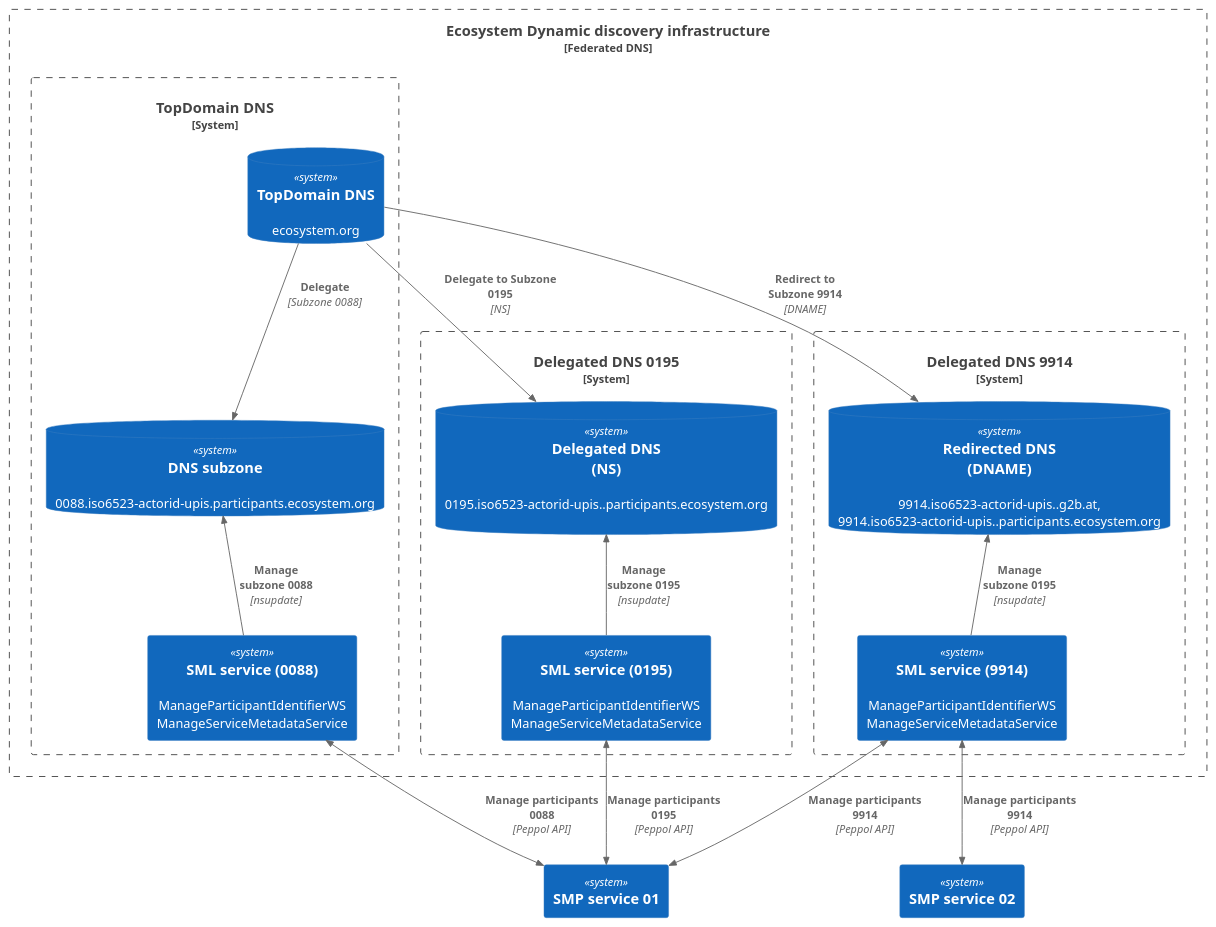
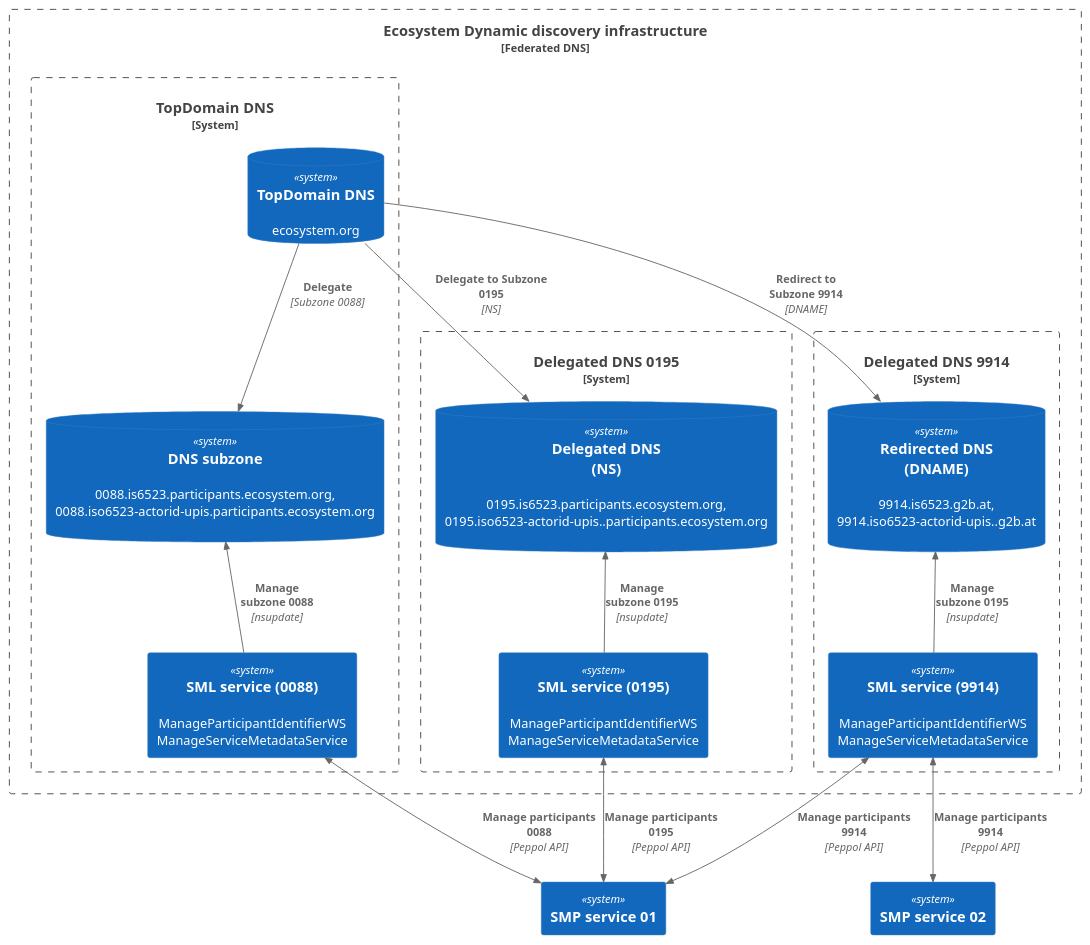
One commit to ec-edelivery/dynamic-discovery-federated-infrastructure changed the diagram in images/dynamic-discovery-infrastructure-SML-02.puml. Above: the diagram before and after it, drawn with PlantUML. The commit also changed 40 other files, not shown here.

```diff
--- a/images/dynamic-discovery-infrastructure-SML-02.puml
+++ b/images/dynamic-discovery-infrastructure-SML-02.puml
@@ -1,46 +1,46 @@
 @startuml Basic Sample
 !include https://raw.githubusercontent.com/plantuml-stdlib/C4-PlantUML/master/C4_Container.puml
 
 Boundary(ecosystemSMLService, "Ecosystem Dynamic discovery infrastructure", "Federated DNS") {
 
     System_Boundary(c1, "TopDomain DNS") {
         SystemDb(ecosystemDNS, "TopDomain DNS", "ecosystem.org")
-        SystemDb(ecosystemDNSSubzone, "DNS subzone", "0088.iso6523-actorid-upis.participants.ecosystem.org")
+        SystemDb(ecosystemDNSSubzone, "DNS subzone", "0088.is6523.participants.ecosystem.org,\n0088.iso6523-actorid-upis.participants.ecosystem.org\n")
         System(sml0088, "SML service (0088)", ManageParticipantIdentifierWS\nManageServiceMetadataService)
 
     }
     System_Boundary(c2, "Delegated DNS 0195") {
-        SystemDb(delegatedDNS, "Delegated DNS\n(NS)", "0195.iso6523-actorid-upis..participants.ecosystem.org\n")
+        SystemDb(delegatedDNS, "Delegated DNS\n(NS)", "0195.is6523.participants.ecosystem.org,\n0195.iso6523-actorid-upis..participants.ecosystem.org\n")
         System(sml0195, "SML service (0195)", ManageParticipantIdentifierWS\nManageServiceMetadataService)
     }
     System_Boundary(c3, "Delegated DNS 9914") {
-        SystemDb(redirectedDNS, "Redirected DNS\n(DNAME)", "9914.iso6523-actorid-upis..g2b.at,\n9914.iso6523-actorid-upis..participants.ecosystem.org")
+        SystemDb(redirectedDNS, "Redirected DNS\n(DNAME)", "9914.is6523.g2b.at,\n9914.iso6523-actorid-upis..g2b.at\n")
         System(sml9914, "SML service (9914)", ManageParticipantIdentifierWS\nManageServiceMetadataService)
     }
 }
     System(smp1, "SMP service 01", )
     System(smp2, "SMP service 02", )
 
     Rel(ecosystemDNS, ecosystemDNSSubzone, "Delegate", "Subzone 0088")
     Rel(ecosystemDNS, delegatedDNS, "Delegate to Subzone 0195", "NS")
     Rel(ecosystemDNS, redirectedDNS, "Redirect to\nSubzone 9914", "DNAME")
     Rel(sml0088, ecosystemDNSSubzone, "Manage\nsubzone 0088", "nsupdate")
     Rel(sml0195, delegatedDNS, "Manage\nsubzone 0195", "nsupdate")
     Rel(sml9914, redirectedDNS, "Manage\nsubzone 0195", "nsupdate")
 
     BiRel(sml0088, smp1, "Manage participants 0088", "Peppol API")
     BiRel(sml0195, smp1, "Manage participants 0195", "Peppol API")
     BiRel(sml9914, smp1, "Manage participants 9914", "Peppol API")
 
     BiRel(sml9914, smp2, "Manage participants 9914", "Peppol API")
 
 
 
 
     Lay_D(ecosystemDNS, delegatedDNS)
     Lay_D(ecosystemDNS, redirectedDNS)
     Lay_D(ecosystemDNSSubzone, sml0088)
     Lay_D(delegatedDNS, sml0195)
     Lay_D(redirectedDNS, sml9914)
 
 @enduml
```
